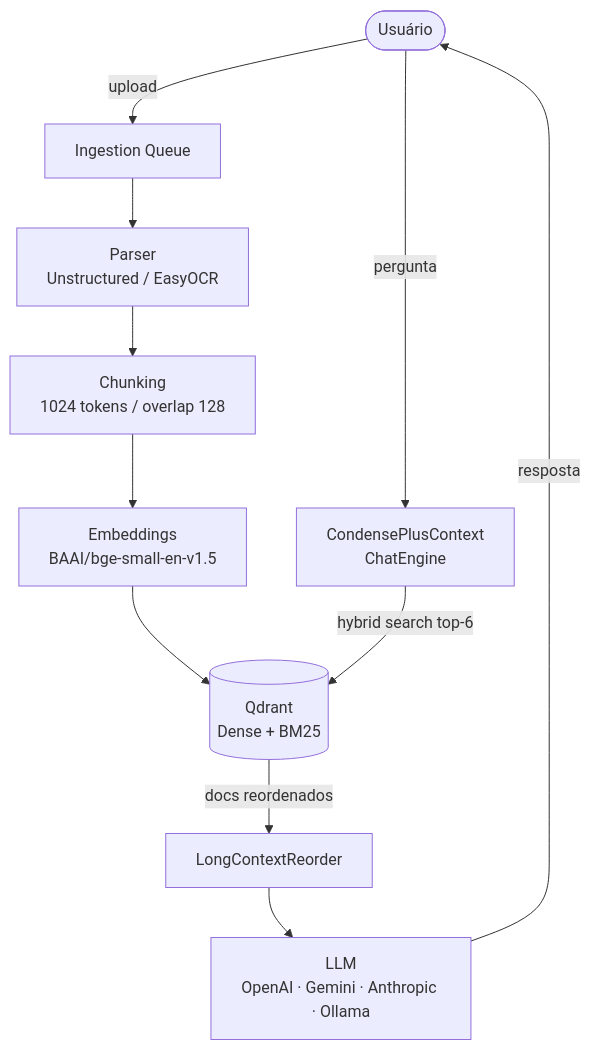
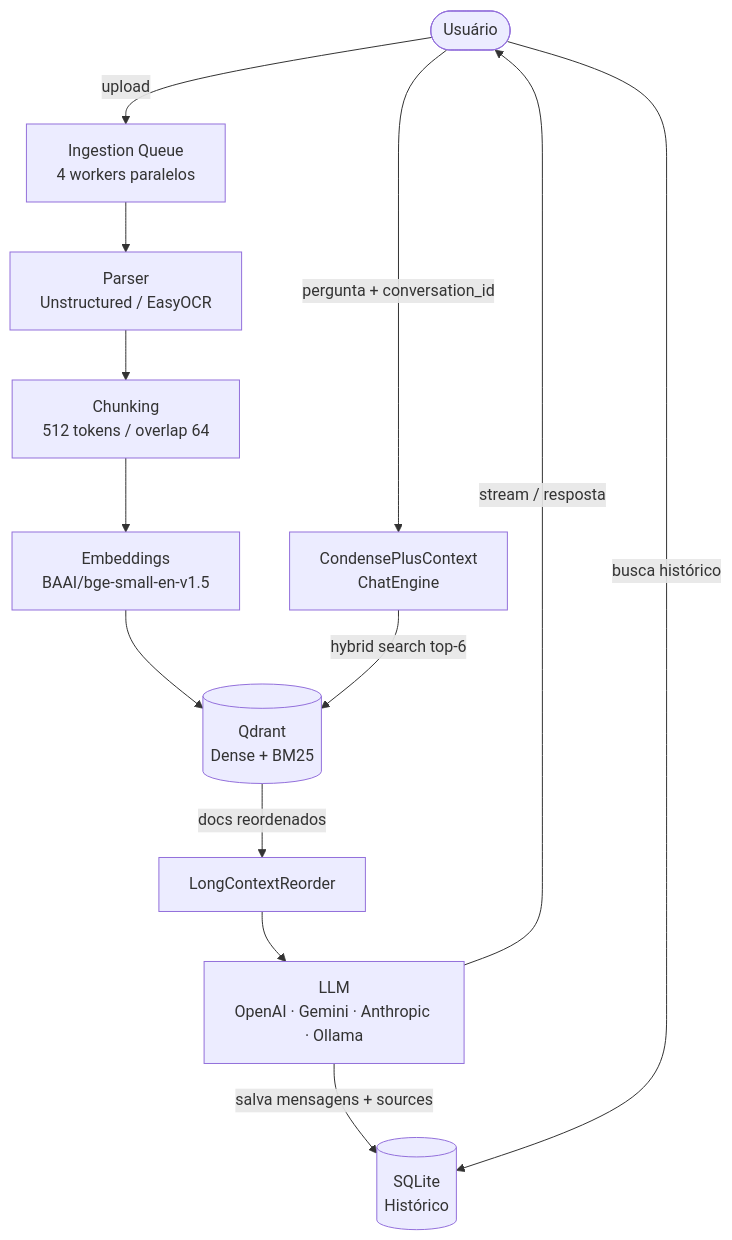
The first of 2 diagrams in README.md (Vinicius-Gabriel-P-Leitao/acerola-rag), drawn with Mermaid before and after one commit. The commit also changed other lines of this file and 4 other files, not shown here.

````diff
--- a/README.md
+++ b/README.md
@@ -20,14 +22,17 @@
 ```mermaid
 flowchart TD
-    U([Usuário]) -->|upload| IQ[Ingestion Queue]
+    U([Usuário]) -->|upload| IQ[Ingestion Queue\n4 workers paralelos]
     IQ --> P[Parser\nUnstructured / EasyOCR]
-    P --> C[Chunking\n1024 tokens / overlap 128]
+    P --> C[Chunking\n512 tokens / overlap 64]
     C --> E[Embeddings\nBAAI/bge-small-en-v1.5]
     E --> QD[(Qdrant\nDense + BM25)]
 
-    U -->|pergunta| CE[CondensePlusContext\nChatEngine]
+    U -->|pergunta + conversation_id| CE[CondensePlusContext\nChatEngine]
     CE -->|hybrid search top-6| QD
     QD -->|docs reordenados| LCR[LongContextReorder]
     LCR --> LLM[LLM\nOpenAI · Gemini · Anthropic · Ollama]
-    LLM -->|resposta| U
+    LLM -->|stream / resposta| U
+    LLM -->|salva mensagens + sources| DB[(SQLite\nHistórico)]
+
+    U -->|busca histórico| DB
 ```
````
